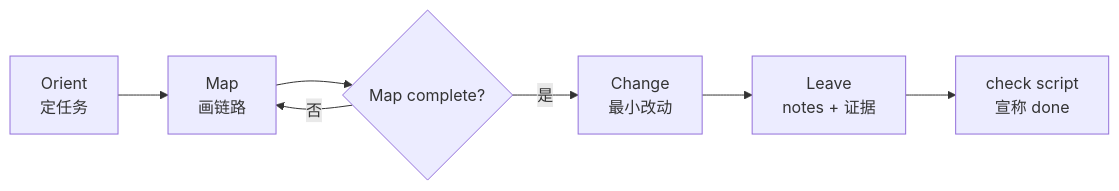
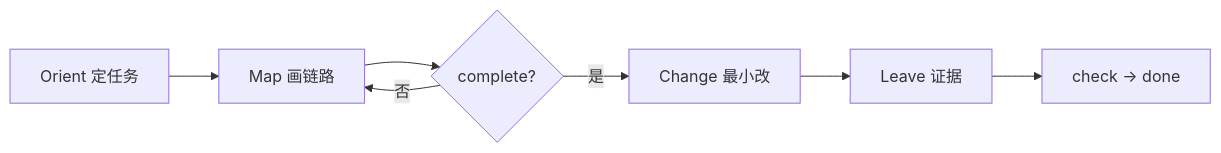
The diagram in README.md (Seven-second-fish/legacy-delegate), drawn with Mermaid before and after one commit. The commit also changed other lines of this file and 8 other files, not shown here.

````diff
--- a/README.md
+++ b/README.md
@@ -37,9 +72,9 @@
 ```mermaid
 flowchart LR
-  A[Orient<br/>定任务] --> B[Map<br/>画链路]
-  B --> C{Map complete?}
+  A[Orient 定任务] --> B[Map 画链路]
+  B --> C{complete?}
   C -->|否| B
-  C -->|是| D[Change<br/>最小改动]
-  D --> E[Leave<br/>notes + 证据]
-  E --> F[check script<br/>宣称 done]
+  C -->|是| D[Change 最小改]
+  D --> E[Leave 证据]
+  E --> F[check → done]
 ```
````
